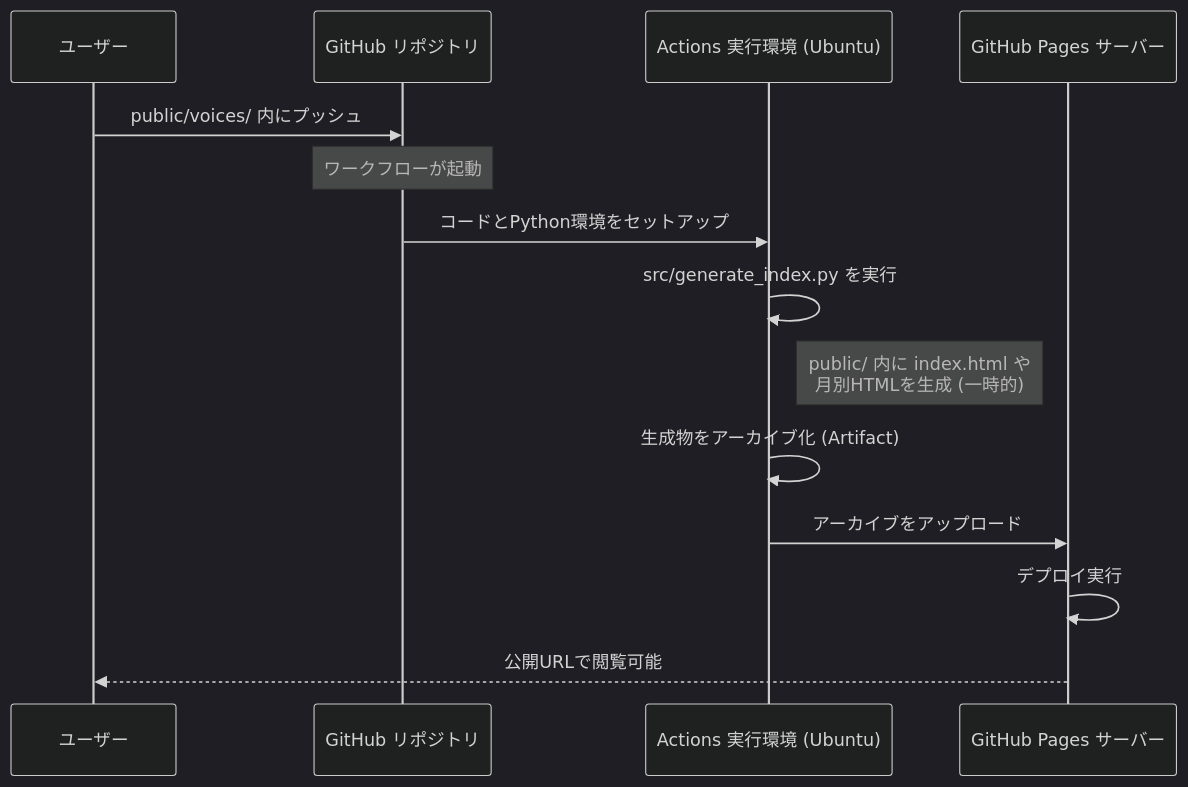
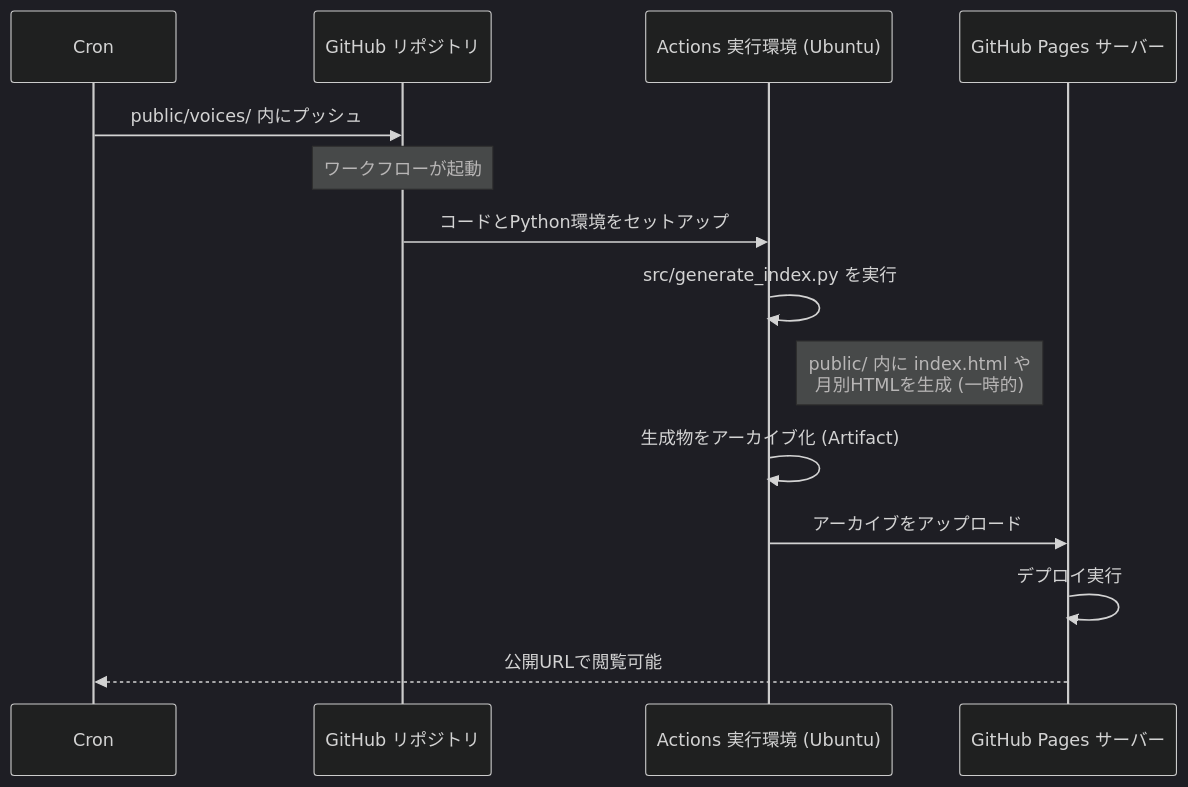
The second of 2 diagrams in README.md (hgssnk/say-something), drawn with Mermaid (dark theme) before and after one commit. The commit also changed other lines of this file, not shown here.

````diff
--- a/README.md
+++ b/README.md
@@ -24,17 +24,17 @@
 ```mermaid
 sequenceDiagram
-    participant User as ユーザー
+    participant User as Cron
     participant Repo as GitHub リポジトリ
     participant Runner as Actions 実行環境 (Ubuntu)
     participant Pages as GitHub Pages サーバー
 
     User->>Repo: public/voices/ 内にプッシュ
     Note over Repo: ワークフローが起動
     Repo->>Runner: コードとPython環境をセットアップ
     Runner->>Runner: src/generate_index.py を実行
     Note right of Runner: public/ 内に index.html や<br/>月別HTMLを生成 (一時的)
     Runner->>Runner: 生成物をアーカイブ化 (Artifact)
     Runner->>Pages: アーカイブをアップロード
     Pages->>Pages: デプロイ実行
     Pages-->>User: 公開URLで閲覧可能
 ```
````
